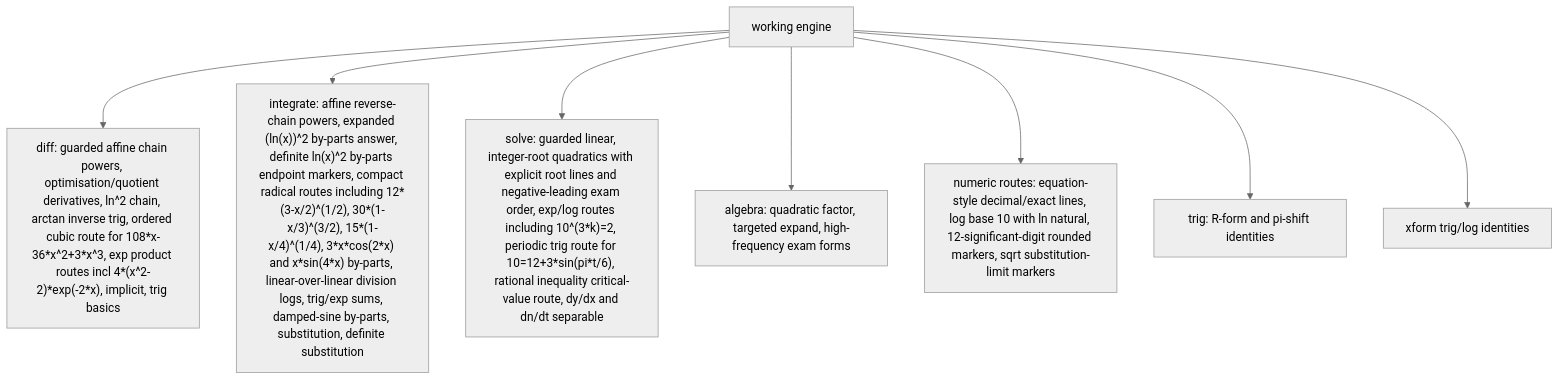
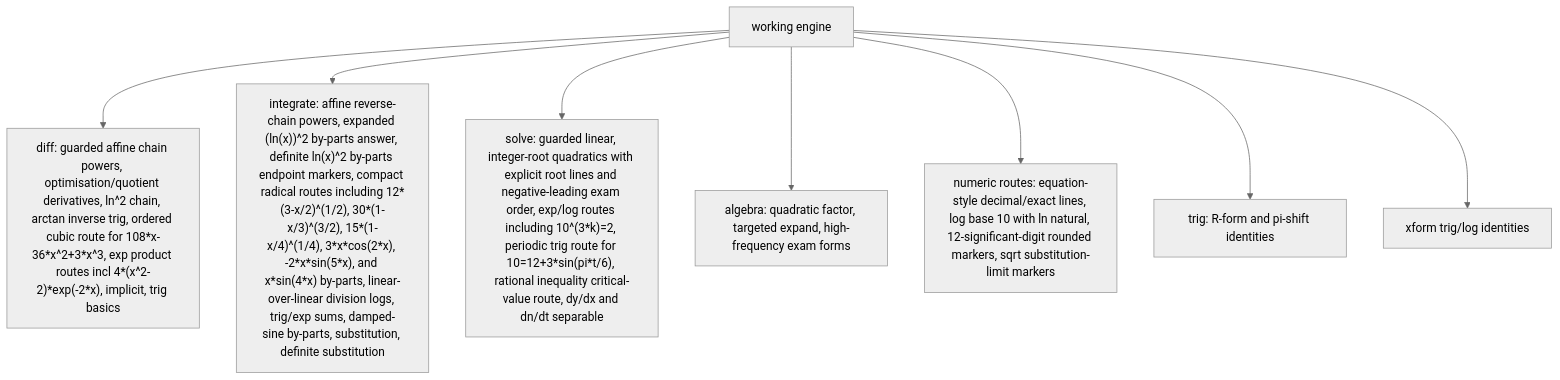
Before and after one commit to james8464/notes-addin-casio-fx-cg50: the third of 6 diagrams in docs/GRAPH.md, drawn with Mermaid (neutral theme). The commit also changed other lines of this file and 4 other files, not shown here.

Commit message:
add sine by-parts integration route

````diff
--- a/docs/GRAPH.md
+++ b/docs/GRAPH.md
@@ -36,10 +36,10 @@
 ```mermaid
 graph TD
   Work["working engine"] --> Diff["diff: guarded affine chain powers, optimisation/quotient derivatives, ln^2 chain, arctan inverse trig, ordered cubic route for 108*x-36*x^2+3*x^3, exp product routes incl 4*(x^2-2)*exp(-2*x), implicit, trig basics"]
-  Work --> Int["integrate: affine reverse-chain powers, expanded (ln(x))^2 by-parts answer, definite ln(x)^2 by-parts endpoint markers, compact radical routes including 12*(3-x/2)^(1/2), 30*(1-x/3)^(3/2), 15*(1-x/4)^(1/4), 3*x*cos(2*x) and x*sin(4*x) by-parts, linear-over-linear division logs, trig/exp sums, damped-sine by-parts, substitution, definite substitution"]
+  Work --> Int["integrate: affine reverse-chain powers, expanded (ln(x))^2 by-parts answer, definite ln(x)^2 by-parts endpoint markers, compact radical routes including 12*(3-x/2)^(1/2), 30*(1-x/3)^(3/2), 15*(1-x/4)^(1/4), 3*x*cos(2*x), -2*x*sin(5*x), and x*sin(4*x) by-parts, linear-over-linear division logs, trig/exp sums, damped-sine by-parts, substitution, definite substitution"]
   Work --> Solve["solve: guarded linear, integer-root quadratics with explicit root lines and negative-leading exam order, exp/log routes including 10^(3*k)=2, periodic trig route for 10=12+3*sin(pi*t/6), rational inequality critical-value route, dy/dx and dn/dt separable"]
   Work --> Alg["algebra: quadratic factor, targeted expand, high-frequency exam forms"]
   Work --> Num["numeric routes: equation-style decimal/exact lines, log base 10 with ln natural, 12-significant-digit rounded markers, sqrt substitution-limit markers"]
   Work --> Trig["trig: R-form and pi-shift identities"]
   Work --> Xform["xform trig/log identities"]
 ```
````
